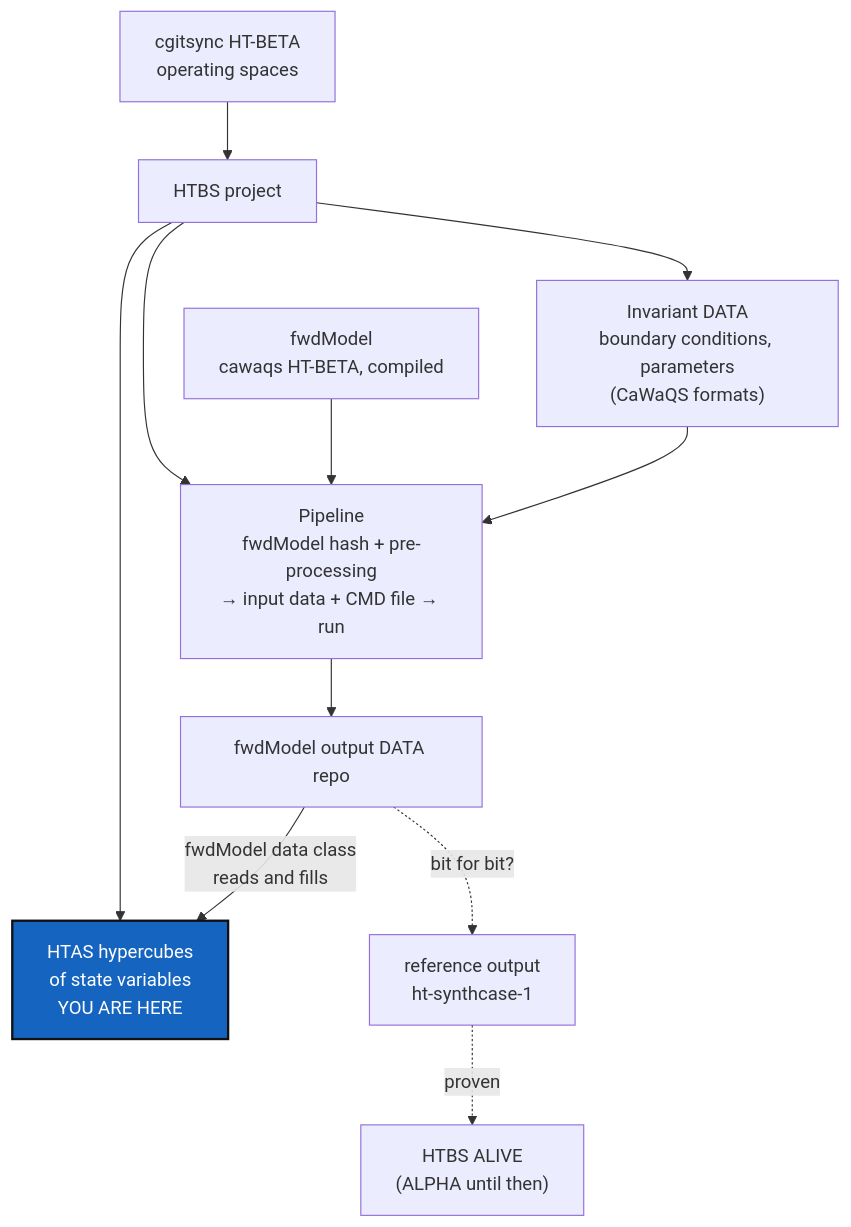
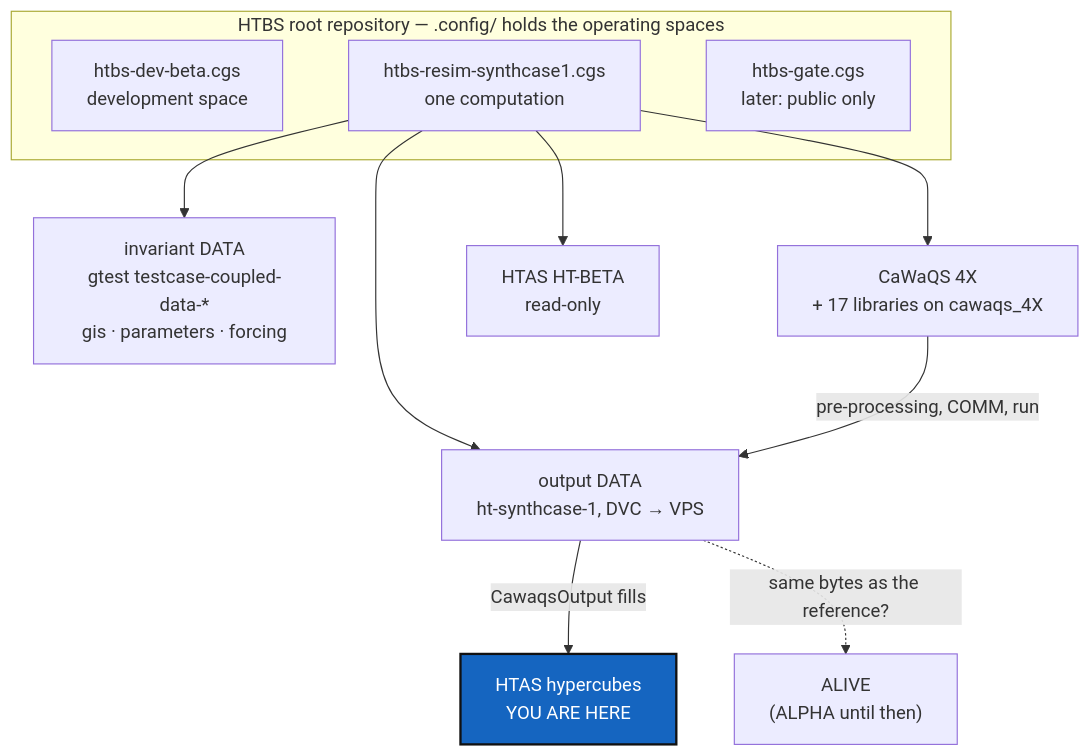
The first of 2 diagrams in DevTickets/openTickets/HT-BETA_1-3_HtbsFirstSpecs_DevPlanTicket.md (flipoyo/.dev), drawn with Mermaid before and after one commit. The commit also changed other lines of this file and 4 other files, not shown here.

````diff
--- a/DevTickets/openTickets/HT-BETA_1-3_HtbsFirstSpecs_DevPlanTicket.md
+++ b/DevTickets/openTickets/HT-BETA_1-3_HtbsFirstSpecs_DevPlanTicket.md
@@ -35,16 +37,18 @@
 ```mermaid
 graph TD
-    INV["Invariant DATA<br/>boundary conditions, parameters<br/>(CaWaQS formats)"] --> PIPE["Pipeline<br/>fwdModel hash + pre-processing<br/>→ input data + CMD file → run"]
-    FWD["fwdModel<br/>cawaqs HT-BETA, compiled"] --> PIPE
-    PIPE --> OUT["fwdModel output DATA repo"]
-    OUT -->|"fwdModel data class<br/>reads and fills"| HC["HTAS hypercubes<br/>of state variables<br/>YOU ARE HERE"]
-    OUT -.->|"bit for bit?"| REF["reference output<br/>ht-synthcase-1"]
-    REF -.->|"proven"| ALIVE["HTBS ALIVE<br/>(ALPHA until then)"]
-    CGS["cgitsync HT-BETA<br/>operating spaces"] --> HTBS["HTBS project"]
-    HTBS --> INV
-    HTBS --> PIPE
-    HTBS --> HC
+    subgraph HTBS["HTBS root repository — .config/ holds the operating spaces"]
+        DEVOSP["htbs-dev-beta.cgs<br/>development space"]
+        RUN["htbs-resim-synthcase1.cgs<br/>one computation"]
+        GATE["htbs-gate.cgs<br/>later: public only"]
+    end
+    RUN --> INV["invariant DATA<br/>gtest testcase-coupled-data-*<br/>gis · parameters · forcing"]
+    RUN --> CAW["CaWaQS 4X<br/>+ 17 libraries on cawaqs_4X"]
+    RUN --> OUT["output DATA<br/>ht-synthcase-1, DVC → VPS"]
+    RUN --> HTAS["HTAS HT-BETA<br/>read-only"]
+    CAW -->|"pre-processing, COMM, run"| OUT
+    OUT -->|"CawaqsOutput fills"| HC["HTAS hypercubes<br/>YOU ARE HERE"]
+    OUT -.->|"same bytes as the reference?"| ALIVE["ALIVE<br/>(ALPHA until then)"]
 
     classDef here fill:#1565C0,color:#fff,stroke:#111,stroke-width:2px;
     class HC here;
 ```
````
